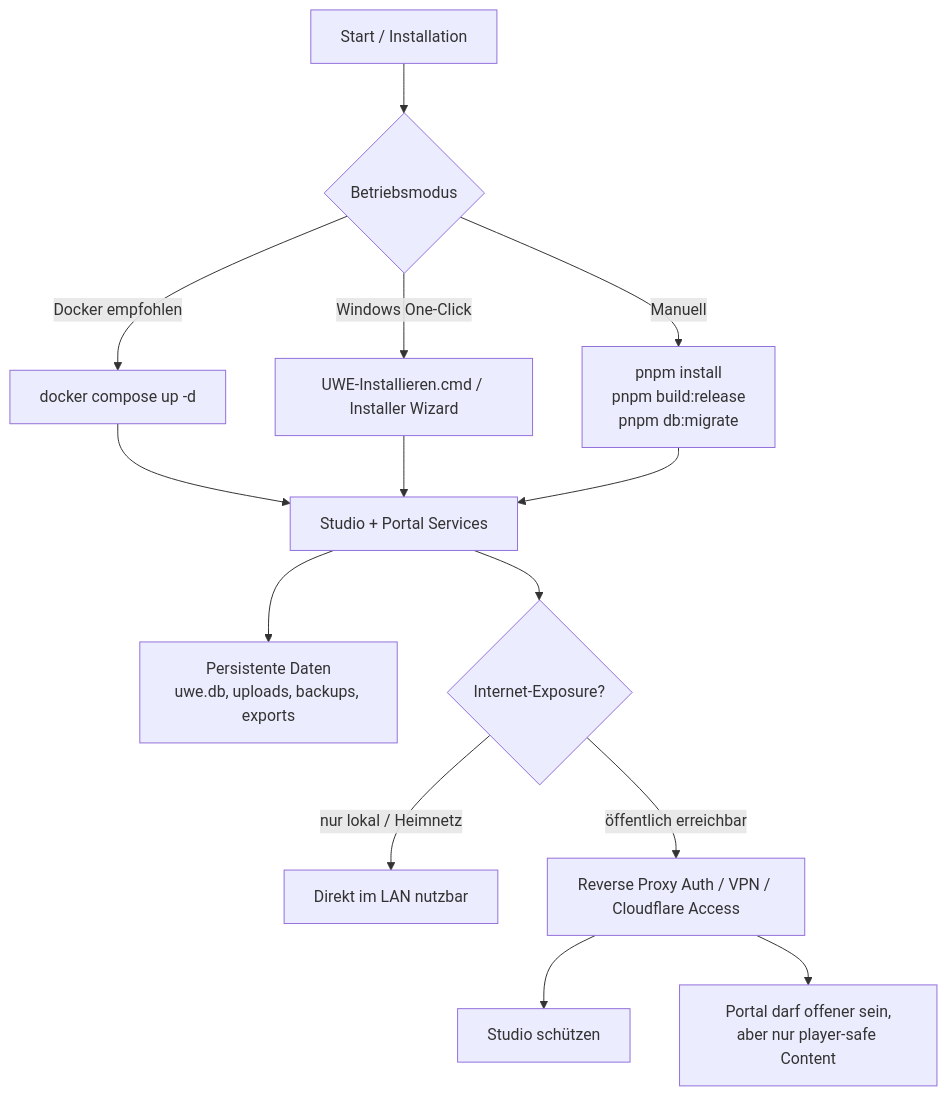
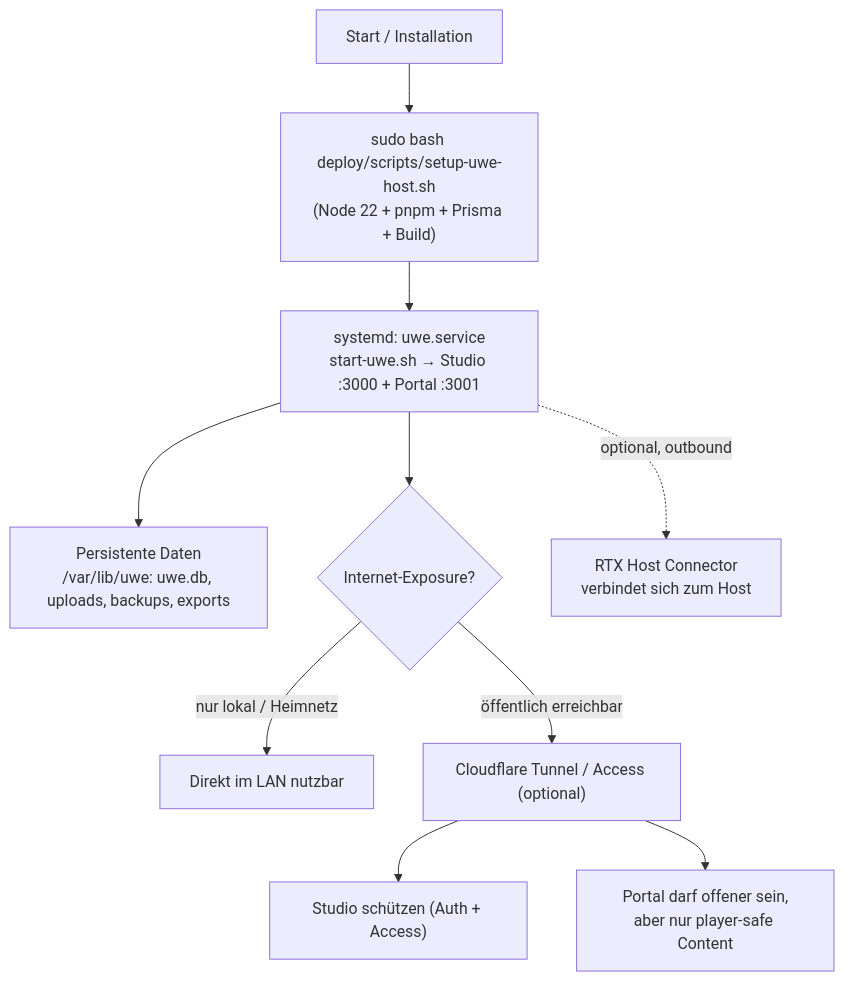
Before and after one commit to Nehmo101/UWE: the fifth of 6 diagrams in docs/ARCHITECTURE.md, drawn with Mermaid. The commit also changed other lines of this file and 24 other files, not shown here.

````diff
--- a/docs/ARCHITECTURE.md
+++ b/docs/ARCHITECTURE.md
@@ -162,21 +170,17 @@
 ```mermaid
 flowchart TD
-  Start["Start / Installation"] --> Mode{"Betriebsmodus"}
+  Start["Start / Installation"] --> Setup["sudo bash deploy/scripts/setup-uwe-host.sh<br/>(Node 22 + pnpm + Prisma + Build)"]
 
-  Mode -->|Docker empfohlen| Docker["docker compose up -d"]
-  Mode -->|Windows One-Click| Windows["UWE-Installieren.cmd / Installer Wizard"]
-  Mode -->|Manuell| Manual["pnpm install<br/>pnpm build:release<br/>pnpm db:migrate"]
+  Setup --> Service["systemd: uwe.service<br/>start-uwe.sh → Studio :3000 + Portal :3001"]
 
-  Docker --> Services["Studio + Portal Services"]
-  Windows --> Services
-  Manual --> Services
-
-  Services --> Data["Persistente Daten<br/>uwe.db, uploads, backups, exports"]
-  Services --> Protection{"Internet-Exposure?"}
+  Service --> Data["Persistente Daten<br/>/var/lib/uwe: uwe.db, uploads, backups, exports"]
+  Service --> Protection{"Internet-Exposure?"}
 
   Protection -->|nur lokal / Heimnetz| LAN["Direkt im LAN nutzbar"]
-  Protection -->|öffentlich erreichbar| Access["Reverse Proxy Auth / VPN / Cloudflare Access"]
+  Protection -->|öffentlich erreichbar| Access["Cloudflare Tunnel / Access (optional)"]
 
-  Access --> StudioProtected["Studio schützen"]
+  Access --> StudioProtected["Studio schützen (Auth + Access)"]
   Access --> PortalPublic["Portal darf offener sein,<br/>aber nur player-safe Content"]
+
+  Service -.->|optional, outbound| Connector["RTX Host Connector<br/>verbindet sich zum Host"]
 ```
````
